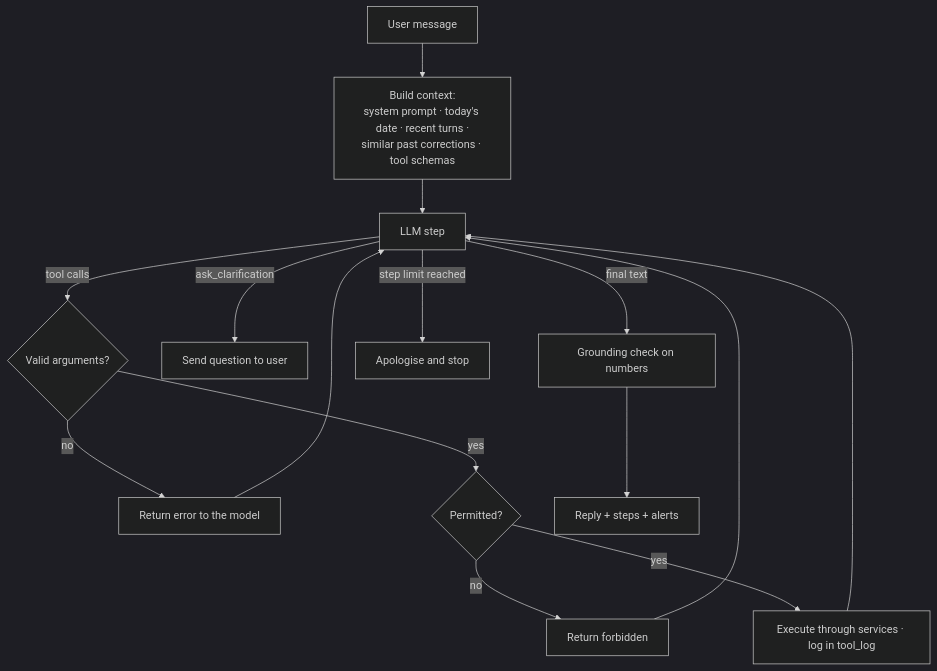
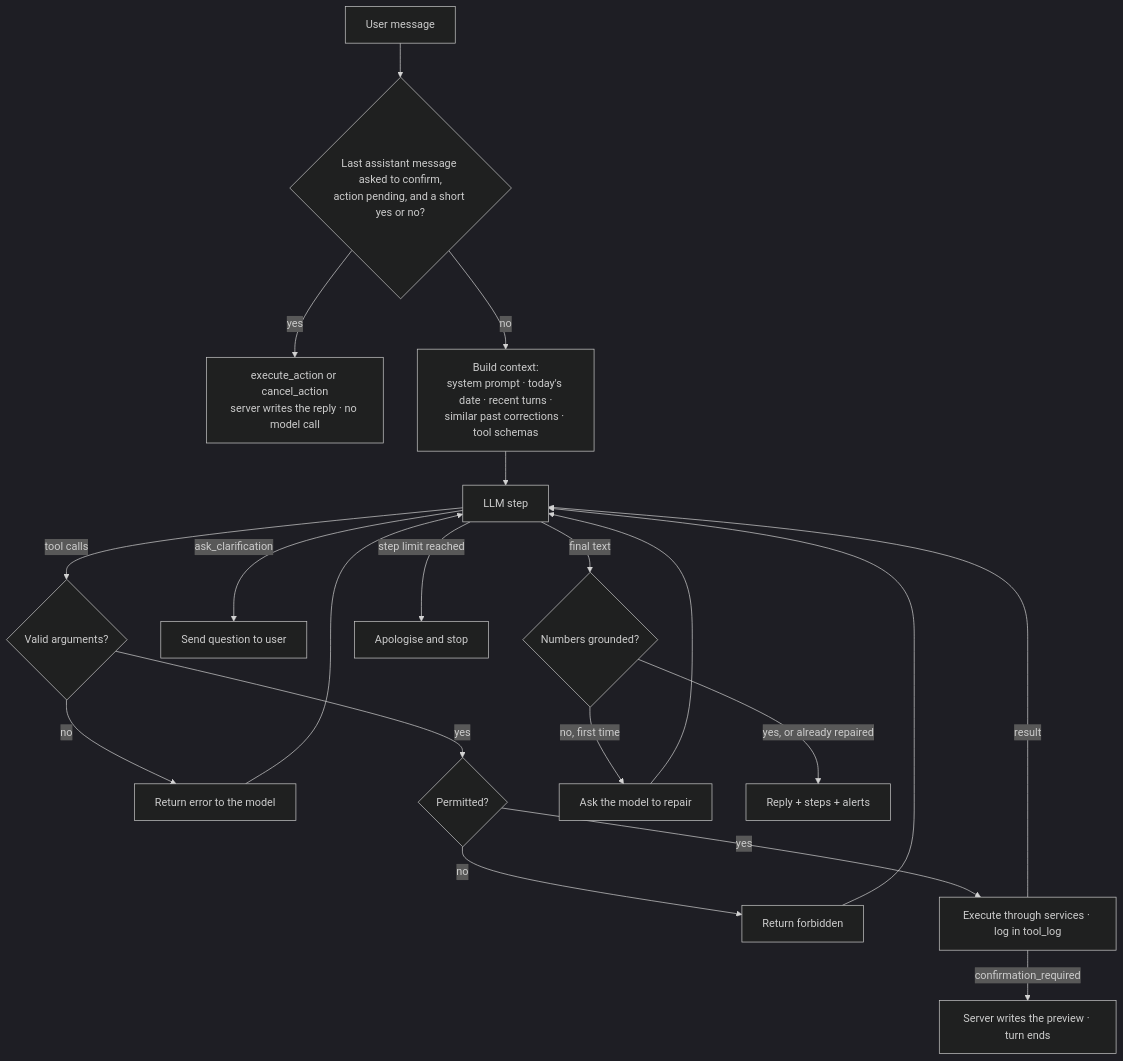
One commit to Ayham-Alsalm11/smart-family-budget changed the second of 2 diagrams in docs/ARCHITECTURE.md. Above: the diagram before and after it, drawn with Mermaid (dark theme). The commit also changed other lines of this file, not shown here.

Commit message:
Docs: architecture v1.5

````diff
--- a/docs/ARCHITECTURE.md
+++ b/docs/ARCHITECTURE.md
@@ -242,13 +244,19 @@
 ```mermaid
 flowchart TD
-    M[User message] --> C[Build context:<br/>system prompt · today's date · recent turns ·<br/>similar past corrections · tool schemas]
+    M[User message] --> Y{Last assistant message asked to confirm,<br/>action pending, and a short yes or no?}
+    Y -->|yes| Z[execute_action or cancel_action<br/>server writes the reply · no model call]
+    Y -->|no| C[Build context:<br/>system prompt · today's date · recent turns ·<br/>similar past corrections · tool schemas]
     C --> L[LLM step]
     L -->|tool calls| V{Valid arguments?}
     V -->|no| ER[Return error to the model] --> L
     V -->|yes| P{Permitted?}
     P -->|no| FB[Return forbidden] --> L
-    P -->|yes| X[Execute through services · log in tool_log] --> L
+    P -->|yes| X[Execute through services · log in tool_log]
+    X -->|result| L
+    X -->|confirmation_required| CP[Server writes the preview · turn ends]
     L -->|ask_clarification| Q[Send question to user]
-    L -->|final text| GR[Grounding check on numbers] --> R[Reply + steps + alerts]
+    L -->|final text| GR{Numbers grounded?}
+    GR -->|no, first time| RP[Ask the model to repair] --> L
+    GR -->|yes, or already repaired| R[Reply + steps + alerts]
     L -->|step limit reached| S[Apologise and stop]
 ```
````
